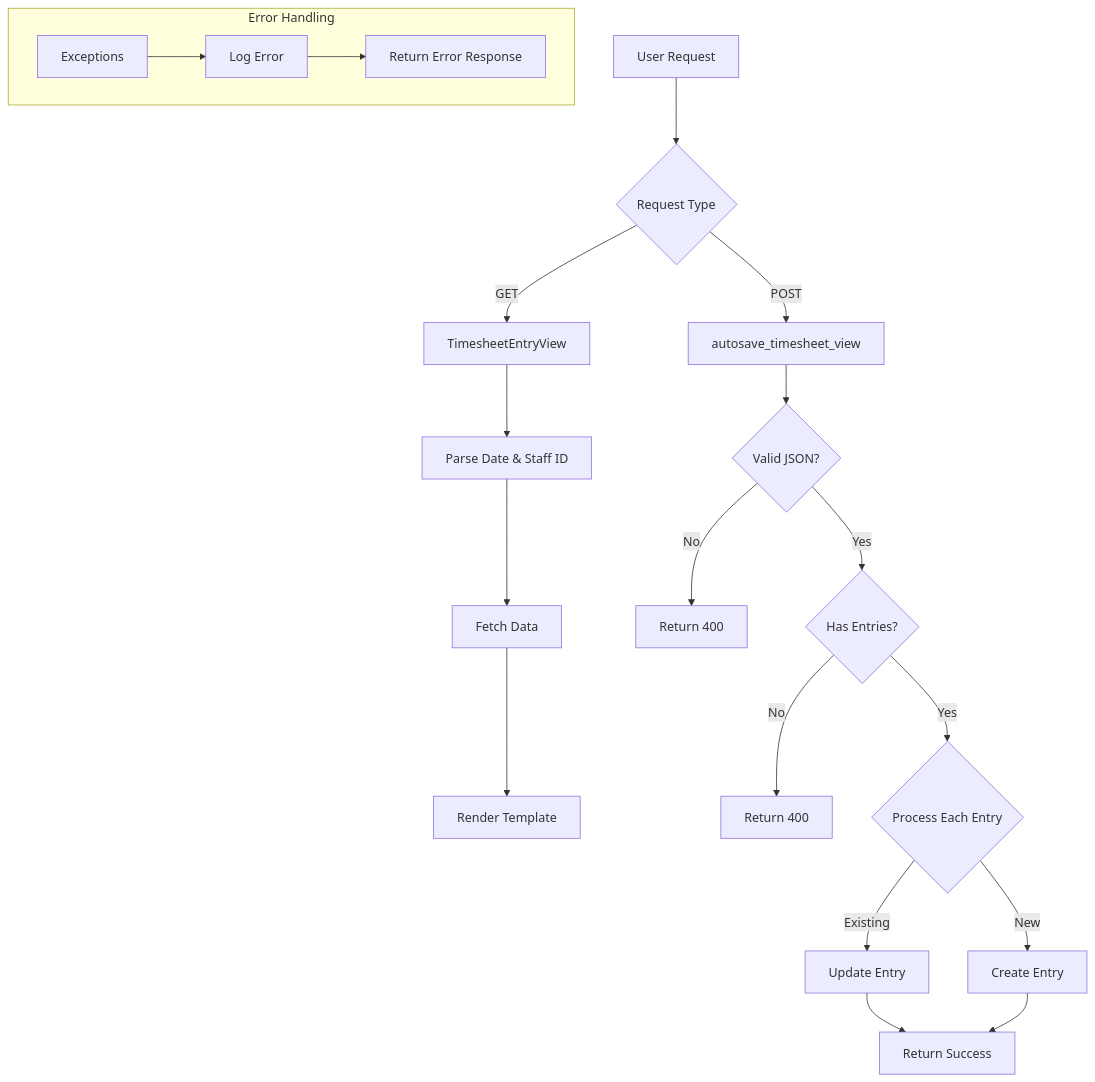
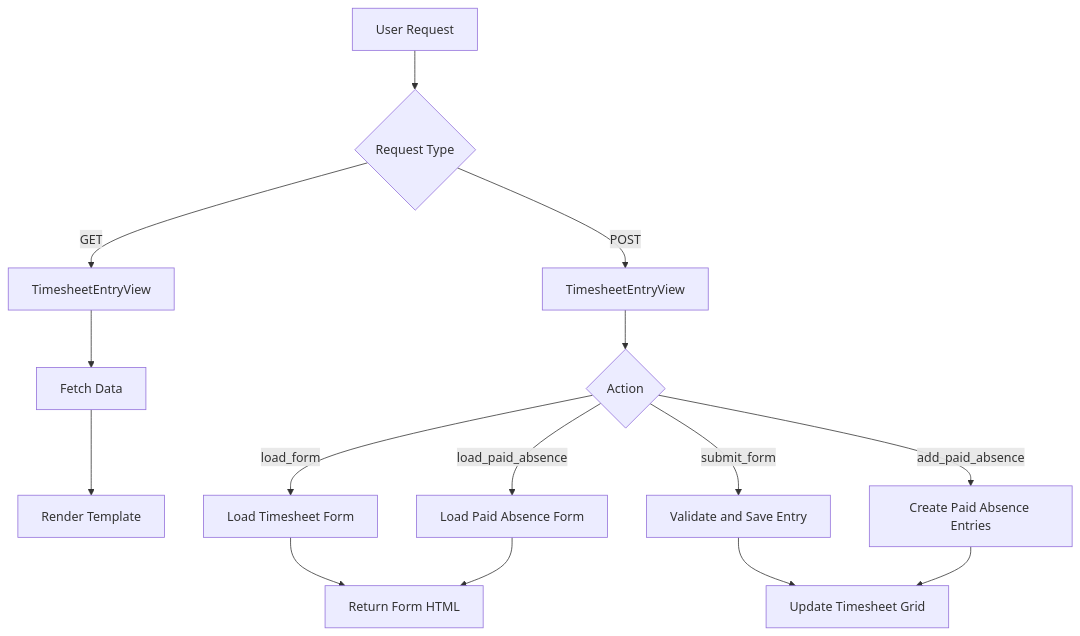
The diagram in docs/views/TimeEntryView/README.md (silverkiwi/jobs_manager), drawn with Mermaid before and after one commit. The commit also changed other lines of this file and 5 other files, not shown here.

First line of the commit message:
docs(time_entries): update documentation for TimesheetEntryView and autosave_timesheet_view

````diff
--- a/docs/views/TimeEntryView/README.md
+++ b/docs/views/TimeEntryView/README.md
@@ -132,29 +168,18 @@
 ```mermaid
 flowchart TD
     A[User Request] --> B{Request Type}
-
     B -->|GET| C[TimesheetEntryView]
-    C --> D[Parse Date & Staff ID]
-    D --> E[Fetch Data]
-    E --> F[Render Template]
-
-    B -->|POST| G[autosave_timesheet_view]
-    G --> H{Valid JSON?}
-    H -->|No| I[Return 400]
-
-    H -->|Yes| J{Has Entries?}
-    J -->|No| K[Return 400]
-
-    J -->|Yes| L{Process Each Entry}
-    L -->|Existing| M[Update Entry]
-    L -->|New| N[Create Entry]
-
-    M --> O[Return Success]
-    N --> O
-
-    subgraph Error Handling
-    P[Exceptions] --> Q[Log Error]
-    Q --> R[Return Error Response]
-    end
+    C --> D[Fetch Data]
+    D --> E[Render Template]
+    B -->|POST| F[TimesheetEntryView]
+    F --> G{Action}
+    G -->|load_form| H[Load Timesheet Form]
+    G -->|submit_form| I[Validate and Save Entry]
+    G -->|load_paid_absence| J[Load Paid Absence Form]
+    G -->|add_paid_absence| K[Create Paid Absence Entries]
+    H --> L[Return Form HTML]
+    I --> M[Update Timesheet Grid]
+    J --> L
+    K --> M
 
 ```
````
